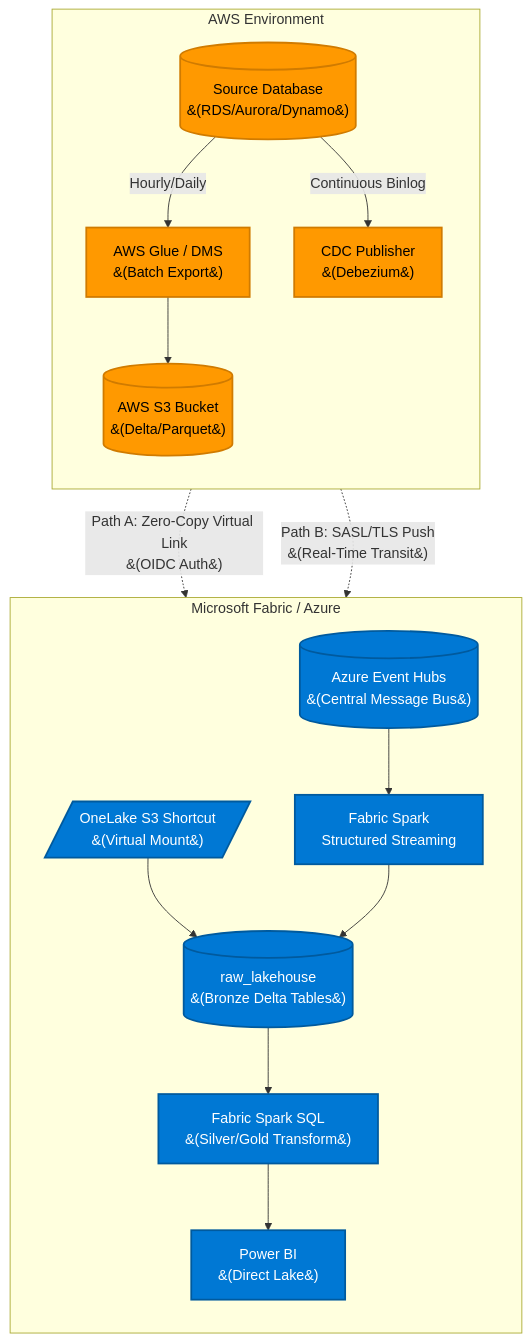
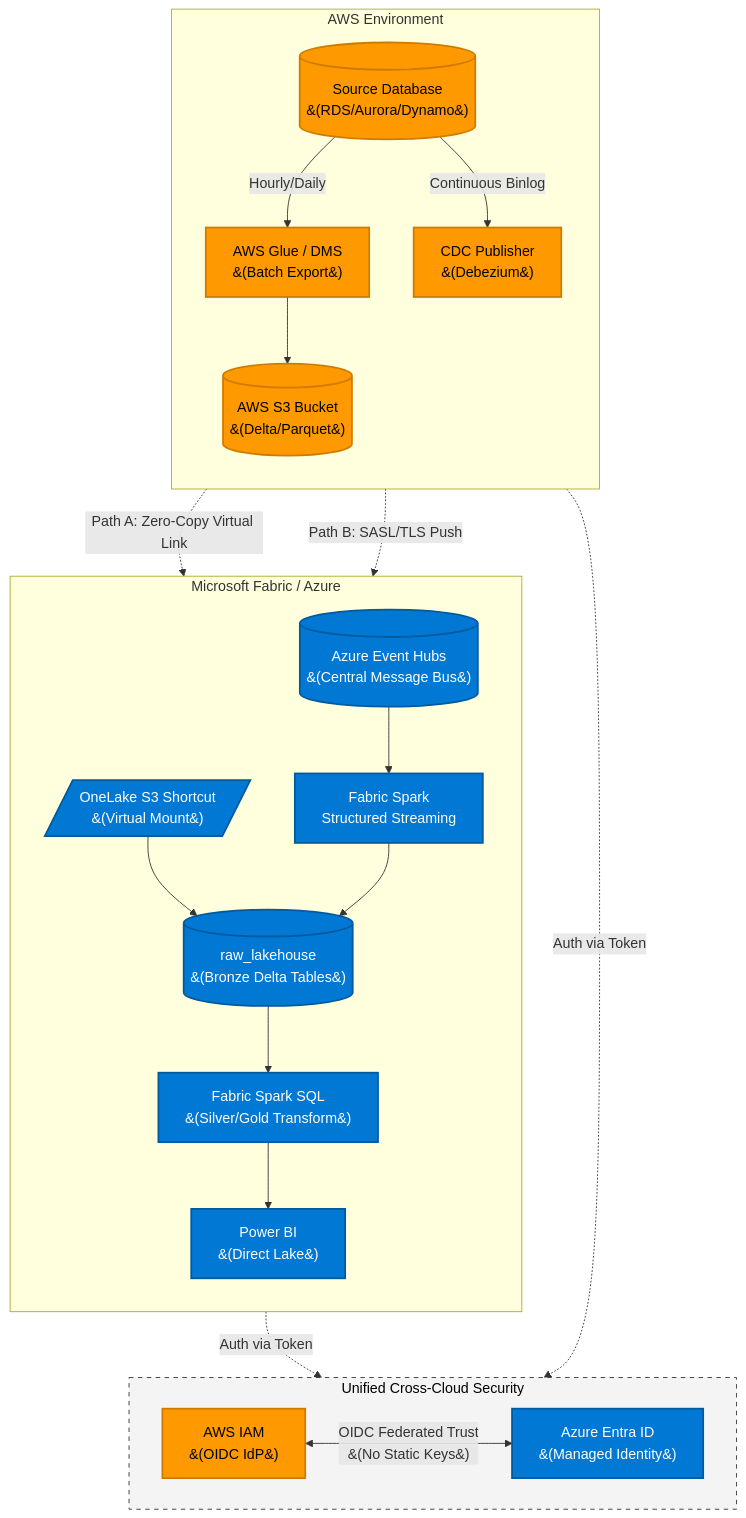
The diagram in azure/aws_to_fabric_shortcut_architecture.md (toanbui626391/data_architect), drawn with Mermaid before and after one commit.

Commit message:
add unified security

````diff
--- a/azure/aws_to_fabric_shortcut_architecture.md
+++ b/azure/aws_to_fabric_shortcut_architecture.md
@@ -13,50 +13,63 @@
 ```mermaid
 flowchart TD
     %% Styles
     classDef aws fill:#ff9900,stroke:#d07b00,stroke-width:2px,color:#000;
     classDef azure fill:#0078d4,stroke:#005a9e,stroke-width:2px,color:#fff;
     classDef transit fill:#f4f4f4,stroke:#333,stroke-width:1px,color:#000,stroke-dasharray: 5 5;
 
     subgraph AWS [AWS Environment]
         direction TB
         SourceDB[("Source Database<br>&#40;RDS/Aurora/Dynamo&#41;")]
         
         %% Path A Extraction
         Glue["AWS Glue / DMS<br>&#40;Batch Export&#41;"]
         S3[("AWS S3 Bucket<br>&#40;Delta/Parquet&#41;")]
         
         %% Path B Extraction
         CDC["CDC Publisher<br>&#40;Debezium&#41;"]
 
         SourceDB -->|Hourly/Daily| Glue --> S3
         SourceDB -->|Continuous Binlog| CDC
     end
 
     subgraph Fabric [Microsoft Fabric / Azure]
         direction TB
         
         %% Path A Integration
         Shortcut[/"OneLake S3 Shortcut<br>&#40;Virtual Mount&#41;"/]
         
         %% Path B Integration
         EventHubs[("Azure Event Hubs<br>&#40;Central Message Bus&#41;")]
         SparkStream["Fabric Spark<br>Structured Streaming"]
 
         %% Bronze
         Bronze[("raw_lakehouse<br>&#40;Bronze Delta Tables&#41;")]
         SparkBatch["Fabric Spark SQL<br>&#40;Silver/Gold Transform&#41;"]
         PowerBI["Power BI<br>&#40;Direct Lake&#41;"]
         
         %% Connections
         Shortcut --> Bronze
         EventHubs --> SparkStream --> Bronze
         Bronze --> SparkBatch --> PowerBI
     end
 
+    subgraph SecurityControlPlane [Unified Cross-Cloud Security]
+        direction LR
+        AWSIAM["AWS IAM<br>&#40;OIDC IdP&#41;"]
+        EntraID["Azure Entra ID<br>&#40;Managed Identity&#41;"]
+        
+        AWSIAM <-->|"OIDC Federated Trust<br>&#40;No Static Keys&#41;"| EntraID
+    end
+
     %% Cross-Cloud Transit
-    S3 -.->|Path A: Zero-Copy Virtual Link<br>&#40;OIDC Auth&#41;| Shortcut
-    CDC -.->|Path B: SASL/TLS Push<br>&#40;Real-Time Transit&#41;| EventHubs
+    S3 -.->|"Path A: Zero-Copy Virtual Link"| Shortcut
+    CDC -.->|"Path B: SASL/TLS Push"| EventHubs
+    
+    %% Security Integrations
+    Shortcut -.->|"Auth via Token"| EntraID
+    CDC -.->|"Auth via Token"| AWSIAM
 
-    class SourceDB,Glue,S3,CDC aws;
-    class Shortcut,EventHubs,SparkStream,Bronze,SparkBatch,PowerBI azure;
+    class SourceDB,Glue,S3,CDC,AWSIAM aws;
+    class Shortcut,EventHubs,SparkStream,Bronze,SparkBatch,PowerBI,EntraID azure;
+    class SecurityControlPlane transit;
 ```
````
